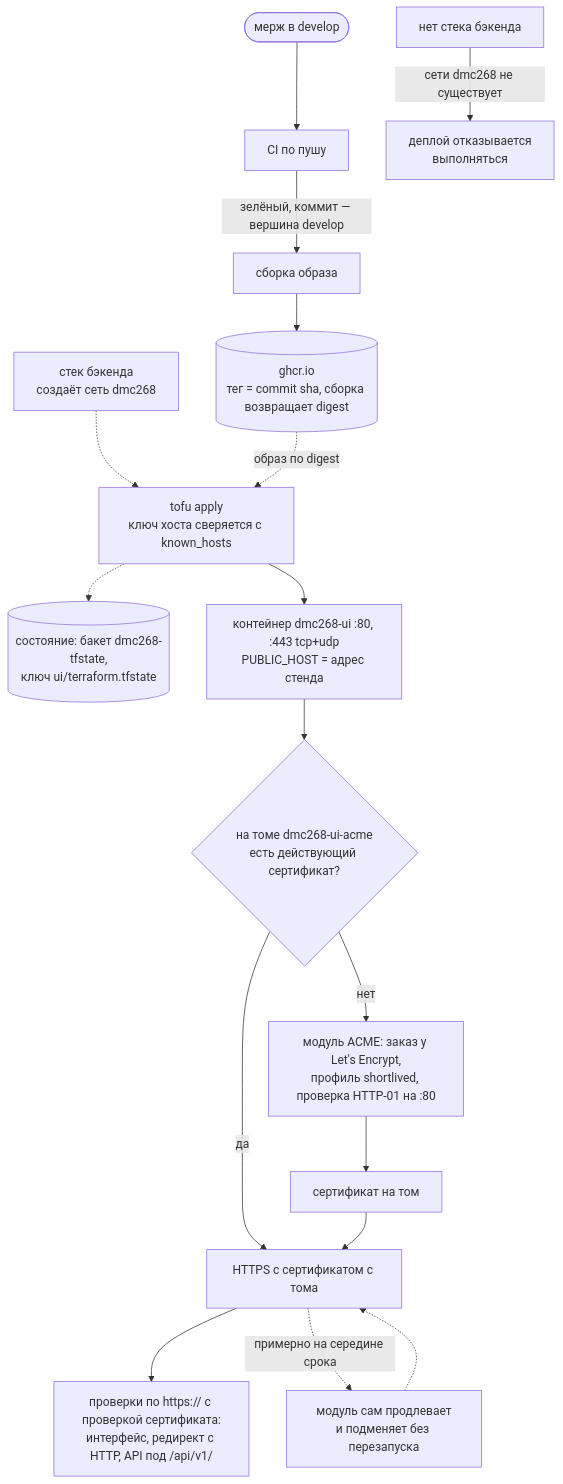
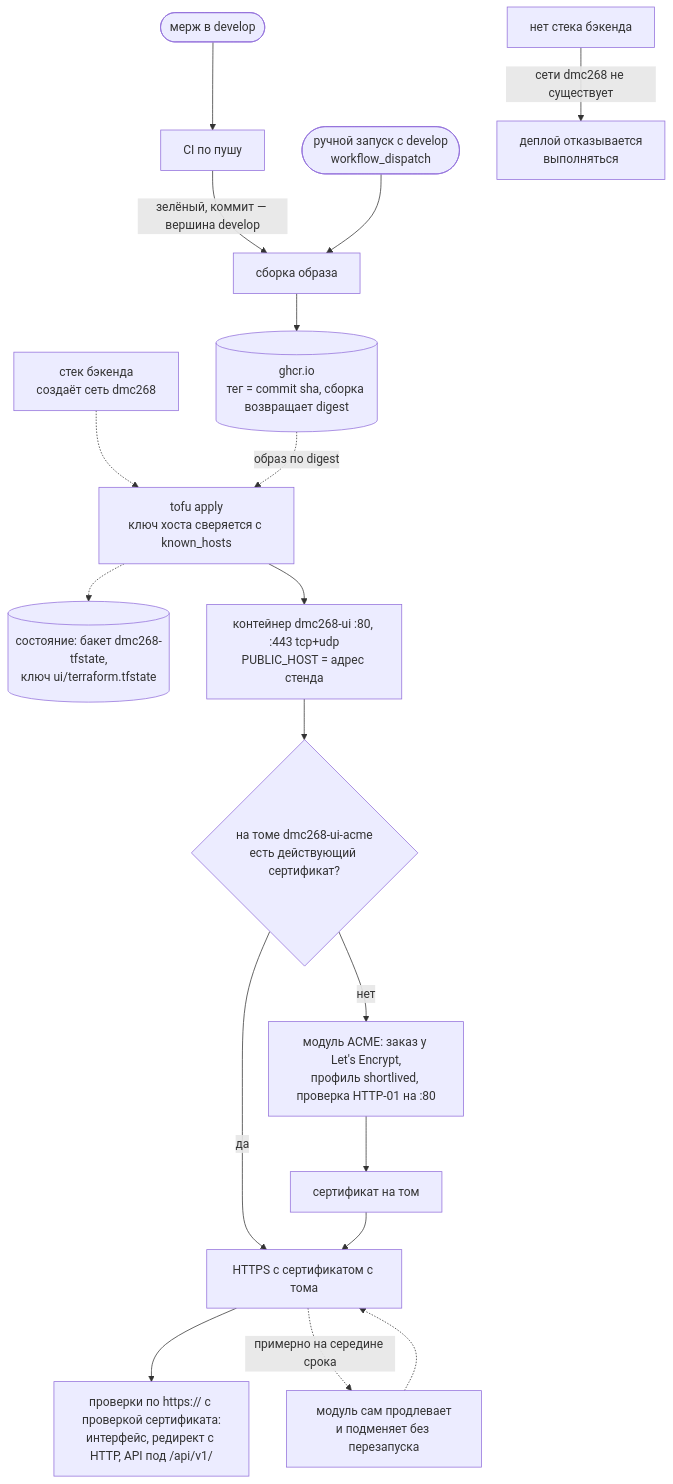
Before and after one commit to larchanka-training/dmc-268-ui-t1: the first of 3 diagrams in infra/README.md, drawn with Mermaid. The commit also changed other lines of this file and 3 other files, not shown here.

````diff
--- a/infra/README.md
+++ b/infra/README.md
@@ -11,18 +24,19 @@
 ```mermaid
 flowchart TD
     be["стек бэкенда<br/>создаёт сеть dmc268"] -.-> apply
     merge([мерж в develop]) --> ci["CI по пушу"]
     ci -- "зелёный, коммит — вершина develop" --> img["сборка образа"]
+    manual(["ручной запуск с develop<br/>workflow_dispatch"]) --> img
     img --> ghcr[("ghcr.io<br/>тег = commit sha, сборка возвращает digest")]
     ghcr -. "образ по digest" .-> apply["tofu apply<br/>ключ хоста сверяется с known_hosts"]
     apply -.-> state[("состояние: бакет dmc268-tfstate,<br/>ключ ui/terraform.tfstate")]
     apply --> ui["контейнер dmc268-ui :80, :443 tcp+udp<br/>PUBLIC_HOST = адрес стенда"]
     ui --> vol{"на томе dmc268-ui-acme<br/>есть действующий сертификат?"}
     vol -- "да" --> serve["HTTPS с сертификатом с тома"]
     vol -- "нет" --> le["модуль ACME: заказ у Let's Encrypt,<br/>профиль shortlived, проверка HTTP-01 на :80"]
     le --> save["сертификат на том"] --> serve
     serve --> check["проверки по https:// с проверкой сертификата:<br/>интерфейс, редирект с HTTP, API под /api/v1/"]
     serve -. "примерно на середине срока" .-> renew["модуль сам продлевает<br/>и подменяет без перезапуска"]
     renew -.-> serve
     nobe["нет стека бэкенда"] -- "сети dmc268 не существует" --> fail["деплой отказывается<br/>выполняться"]
 ```
````
